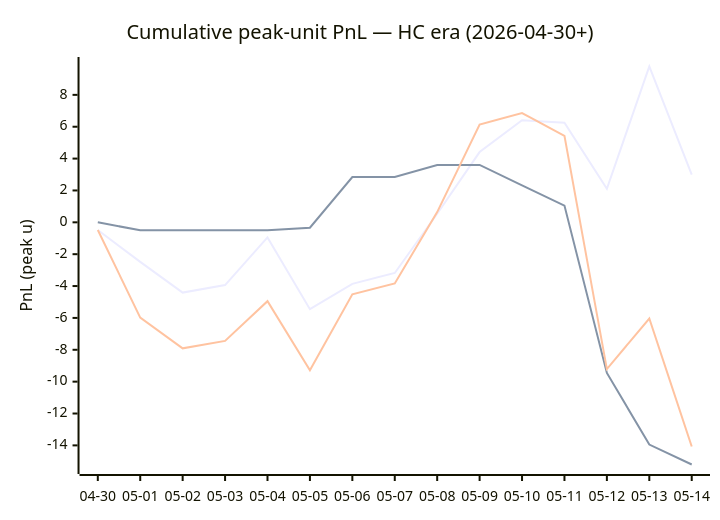
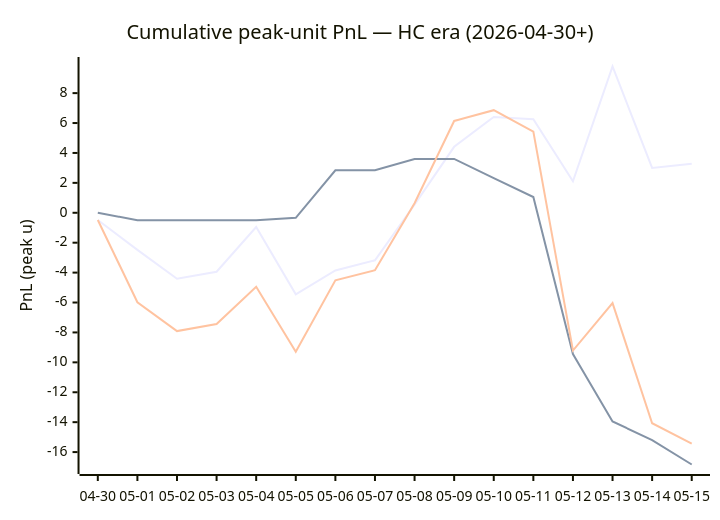
Before and after one commit to dpk1212/nhl-savant: the diagram in DAILY_V6_REPORT.md, drawn with Mermaid. The commit also changed other lines of this file, not shown here.

````diff
--- a/DAILY_V6_REPORT.md
+++ b/DAILY_V6_REPORT.md
@@ -171,9 +178,9 @@
 ```mermaid
 xychart-beta
     title "Cumulative peak-unit PnL — HC era (2026-04-30+)"
-    x-axis ["04-30", "05-01", "05-02", "05-03", "05-04", "05-05", "05-06", "05-07", "05-08", "05-09", "05-10", "05-11", "05-12", "05-13", "05-14"]
+    x-axis ["04-30", "05-01", "05-02", "05-03", "05-04", "05-05", "05-06", "05-07", "05-08", "05-09", "05-10", "05-11", "05-12", "05-13", "05-14", "05-15"]
     y-axis "PnL (peak u)"
-    line "HC ≥ +1" [-0.48, -2.48, -4.41, -3.94, -0.95, -5.45, -3.86, -3.18, 0.54, 4.41, 6.41, 6.25, 2.11, 9.78, 3.00]
-    line "HC = 0"  [0.00, -0.50, -0.50, -0.50, -0.50, -0.34, 2.84, 2.84, 3.60, 3.60, 2.32, 1.05, -9.45, -13.95, -15.20]
-    line "All (HC era)" [-0.48, -5.98, -7.91, -7.44, -4.95, -9.29, -4.52, -3.84, 0.64, 6.14, 6.86, 5.43, -9.21, -6.04, -14.07]
+    line "HC ≥ +1" [-0.48, -2.48, -4.41, -3.94, -0.95, -5.45, -3.86, -3.18, 0.54, 4.41, 6.41, 6.25, 2.11, 9.78, 3.00, 3.27]
+    line "HC = 0"  [0.00, -0.50, -0.50, -0.50, -0.50, -0.34, 2.84, 2.84, 3.60, 3.60, 2.32, 1.05, -9.45, -13.95, -15.20, -16.83]
+    line "All (HC era)" [-0.48, -5.98, -7.91, -7.44, -4.95, -9.29, -4.52, -3.84, 0.64, 6.14, 6.86, 5.43, -9.21, -6.04, -14.07, -15.43]
 ```
````
